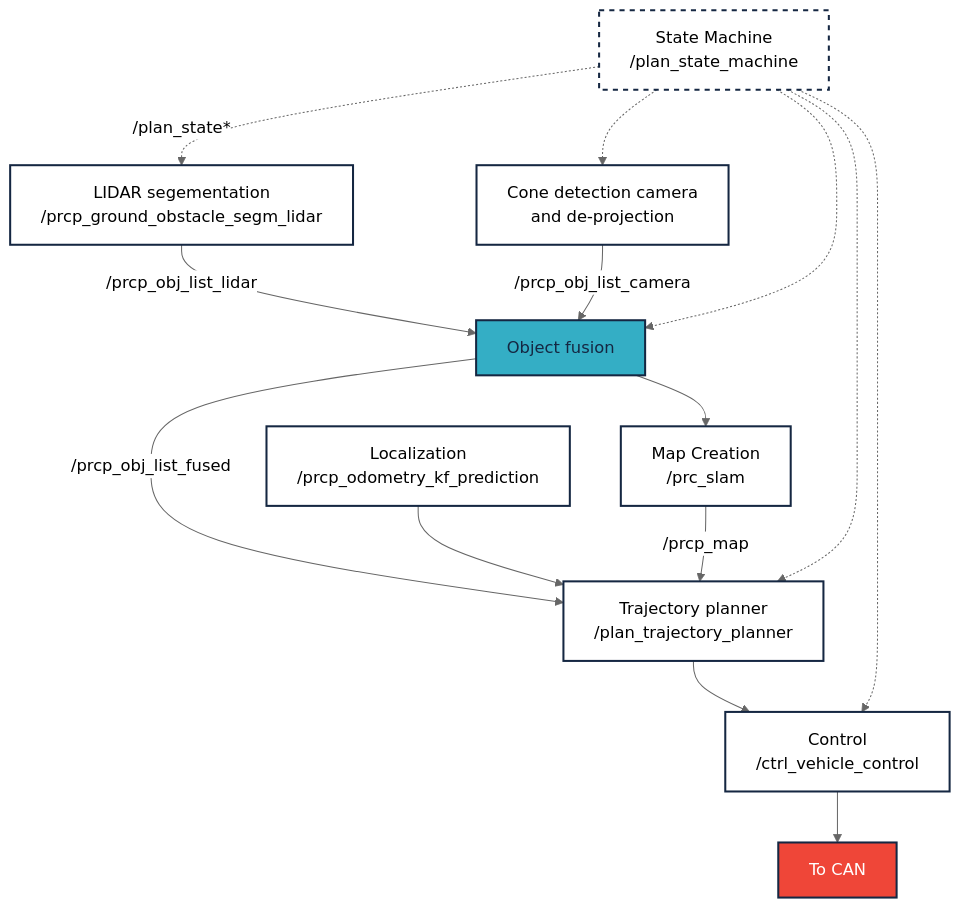
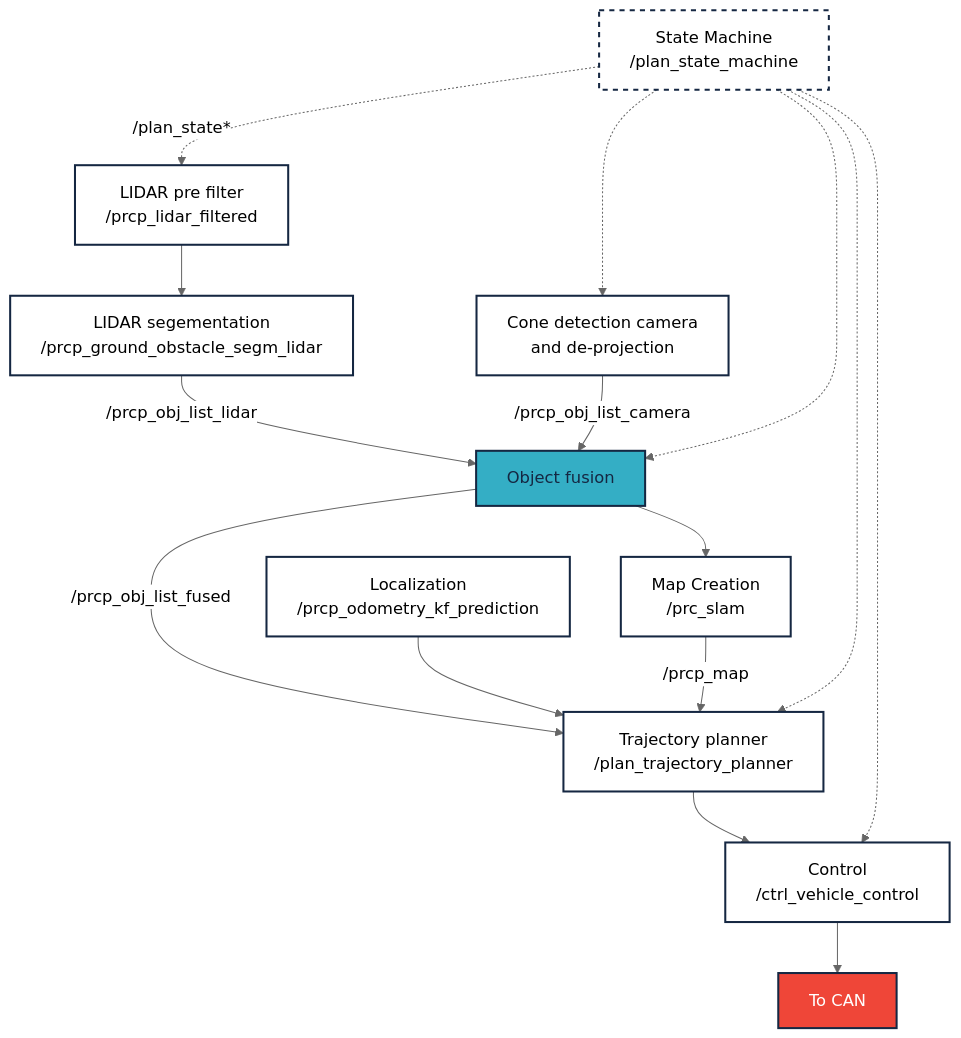
Before and after one commit to szenergy/formula_student_packages: the diagram in README.md, drawn with Mermaid (neutral theme). The commit also changed other lines of this file and 10 other files, not shown here.

Commit message:
Simple LIDAR filter for self (vehicle) and outer area #2

````diff
--- a/README.md
+++ b/README.md
@@ -14,25 +14,26 @@
-``` mermaid
+```mermaid
 flowchart TD
-    S[State Machine <br>/plan_state_machine] -.->|/plan_state*| LS[LIDAR segementation<br>/prcp_ground_obstacle_segm_lidar]
+    S[State Machine <br>/plan_state_machine] -.->|/plan_state*| LP[LIDAR pre filter<br>/prcp_lidar_filtered]
+    LP --> LS[LIDAR segementation<br>/prcp_ground_obstacle_segm_lidar]
     S -.-> CS[Cone detection camera<br> and de-projection]
     S -.-> O[Object fusion]
     CS -->|/prcp_obj_list_camera| O
     LS -->|/prcp_obj_list_lidar| O
     O -->|/prcp_obj_list_fused| T[Trajectory planner<br>/plan_trajectory_planner]
     T --> C[Control<br>/ctrl_vehicle_control]
     S -.-> T
     S -.-> C
     O --> M[Map Creation<br>/prc_slam]
     M -->|/prcp_map| T
     L[Localization<br>/prcp_odometry_kf_prediction] --> T
     C --> CAN[To CAN]
     classDef light fill:#34aec5,stroke:#152742,stroke-width:2px,color:#152742  
     classDef dark fill:#152742,stroke:#34aec5,stroke-width:2px,color:#34aec5
     classDef white fill:#ffffff,stroke:#152742,stroke-width:2px,color:#15274
     classDef dash fill:#ffffff,stroke:#152742,stroke-width:2px,color:#15274, stroke-dasharray: 5 5
     classDef red fill:#ef4638,stroke:#152742,stroke-width:2px,color:#fff
-    class CS,LS,L,T,M,C white
+    class CS,LS,LP,L,T,M,C white
     class O light
     class S dash
     class CAN red
  ``` 
````
